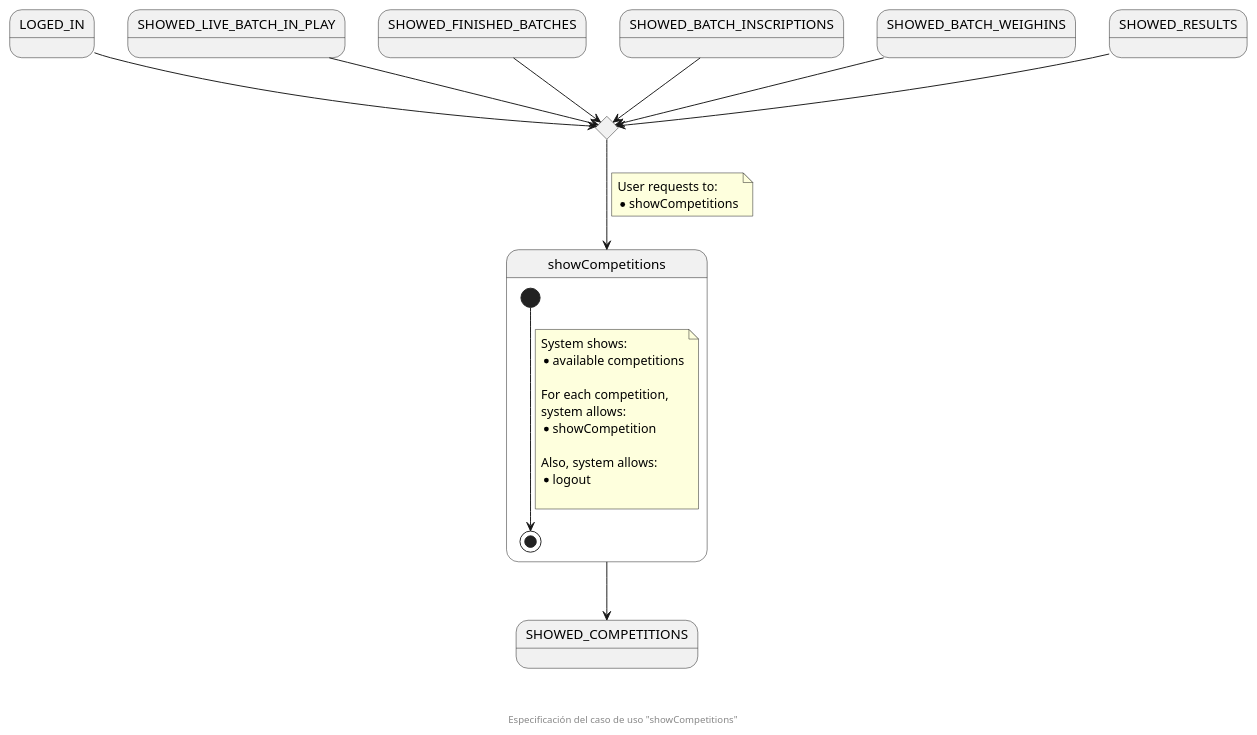
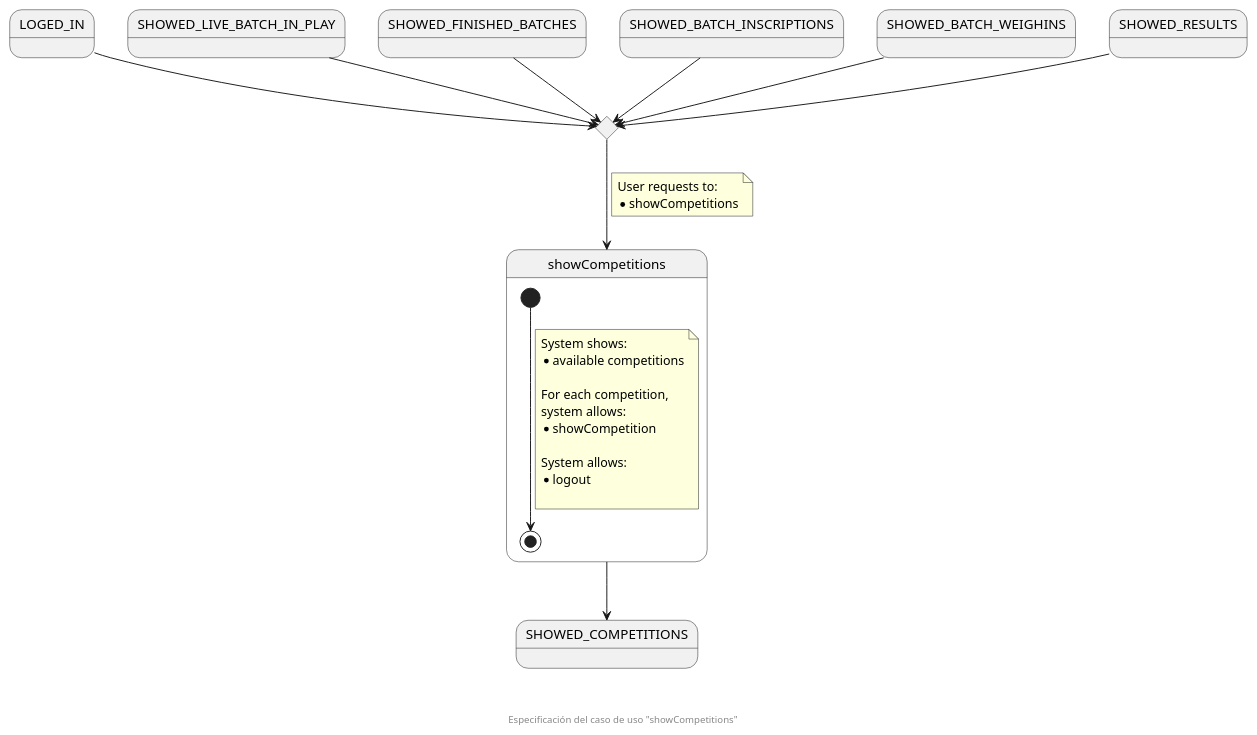
Before and after one commit to zuldare/mastercloud_pfm_halterocms: the diagram in documentation/diagrams/1_requirements/3_useCasesSpecification/spectator/1_showCompetitions.puml, drawn with PlantUML. The commit also changed 5 other files, not shown here.

```diff
--- a/documentation/diagrams/1_requirements/3_useCasesSpecification/spectator/1_showCompetitions.puml
+++ b/documentation/diagrams/1_requirements/3_useCasesSpecification/spectator/1_showCompetitions.puml
@@ -1,43 +1,43 @@
 @startuml
 state LOGED_IN
 state SHOWED_LIVE_BATCH_IN_PLAY
 state SHOWED_FINISHED_BATCHES
 state SHOWED_BATCH_INSCRIPTIONS
 state SHOWED_BATCH_WEIGHINS
 state SHOWED_RESULTS
 
 state enterCompetition <<choice>>
 
 
 LOGED_IN  --> enterCompetition
 SHOWED_LIVE_BATCH_IN_PLAY  --> enterCompetition
 SHOWED_FINISHED_BATCHES  --> enterCompetition
 SHOWED_BATCH_INSCRIPTIONS  --> enterCompetition
 SHOWED_BATCH_WEIGHINS  --> enterCompetition
 SHOWED_RESULTS  --> enterCompetition
 enterCompetition --> showCompetitions
 note on link
   User requests to:
   * showCompetitions
 end note
 
 state showCompetitions {
   [*] --> [*]
   note on link
     System shows:
     * available competitions
 
     For each competition, 
     system allows:
     * showCompetition
 
-    Also, system allows:
+    System allows:
     * logout
 
   end note
 }
 state SHOWED_COMPETITIONS
 showCompetitions --> SHOWED_COMPETITIONS
 
 footer \n\n\n Especificación del caso de uso "showCompetitions"
 @enduml
```
